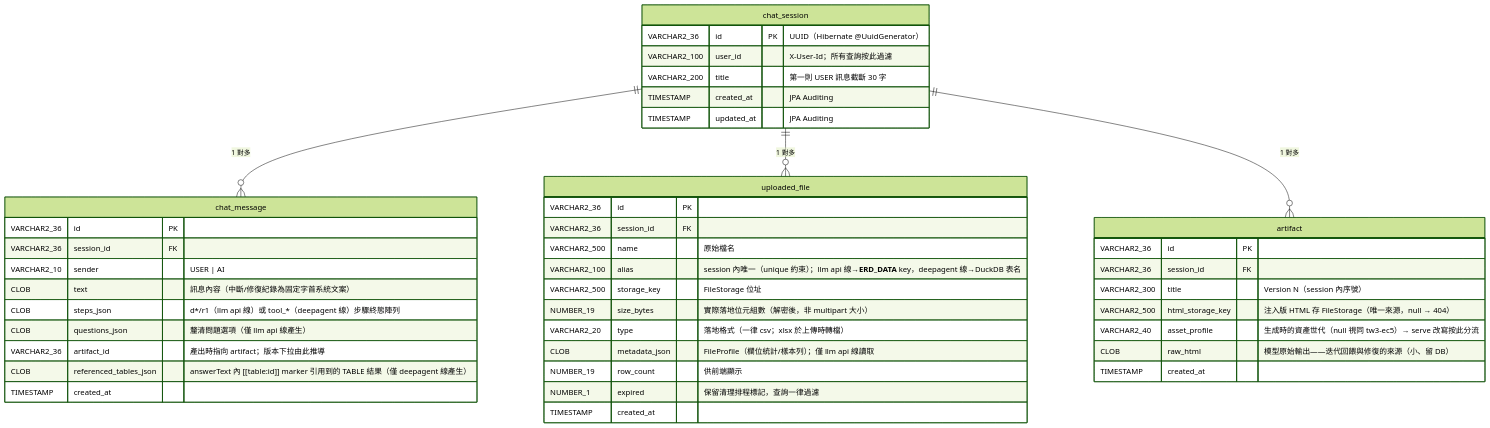
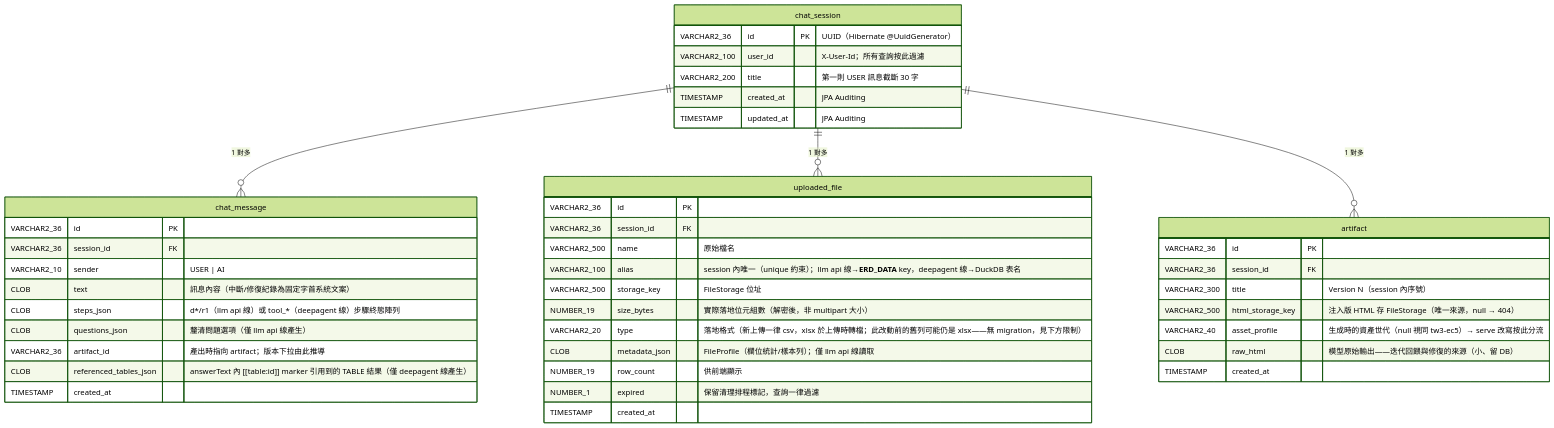
One commit to Michelle12369/cowork changed the fourth of 4 diagrams in docs/architecture.md. Above: the diagram before and after it, drawn with Mermaid (forest theme). The commit also changed other lines of this file and 11 other files, not shown here.

````diff
--- a/docs/architecture.md
+++ b/docs/architecture.md
@@ -431,47 +431,47 @@
 ```mermaid
 erDiagram
     chat_session ||--o{ chat_message : "1 對多"
     chat_session ||--o{ uploaded_file : "1 對多"
     chat_session ||--o{ artifact : "1 對多"
 
     chat_session {
         VARCHAR2_36 id PK "UUID（Hibernate @UuidGenerator）"
         VARCHAR2_100 user_id "X-User-Id；所有查詢按此過濾"
         VARCHAR2_200 title "第一則 USER 訊息截斷 30 字"
         TIMESTAMP created_at "JPA Auditing"
         TIMESTAMP updated_at "JPA Auditing"
     }
     chat_message {
         VARCHAR2_36 id PK
         VARCHAR2_36 session_id FK
         VARCHAR2_10 sender "USER | AI"
         CLOB text "訊息內容（中斷/修復紀錄為固定字首系統文案）"
         CLOB steps_json "d*/r1（llm api 線）或 tool_*（deepagent 線）步驟終態陣列"
         CLOB questions_json "釐清問題選項（僅 llm api 線產生）"
         VARCHAR2_36 artifact_id "產出時指向 artifact；版本下拉由此推導"
         CLOB referenced_tables_json "answerText 內 [[table:id]] marker 引用到的 TABLE 結果（僅 deepagent 線產生）"
         TIMESTAMP created_at
     }
     uploaded_file {
         VARCHAR2_36 id PK
         VARCHAR2_36 session_id FK
         VARCHAR2_500 name "原始檔名"
         VARCHAR2_100 alias "session 內唯一（unique 約束）；llm api 線→__ERD_DATA__ key，deepagent 線→DuckDB 表名"
         VARCHAR2_500 storage_key "FileStorage 位址"
         NUMBER_19 size_bytes "實際落地位元組數（解密後，非 multipart 大小）"
-        VARCHAR2_20 type "落地格式（一律 csv；xlsx 於上傳時轉檔）"
+        VARCHAR2_20 type "落地格式（新上傳一律 csv，xlsx 於上傳時轉檔；此改動前的舊列可能仍是 xlsx——無 migration，見下方限制）"
         CLOB metadata_json "FileProfile（欄位統計/樣本列）；僅 llm api 線讀取"
         NUMBER_19 row_count "供前端顯示"
         NUMBER_1 expired "保留清理排程標記，查詢一律過濾"
         TIMESTAMP created_at
     }
     artifact {
         VARCHAR2_36 id PK
         VARCHAR2_36 session_id FK
         VARCHAR2_300 title "Version N（session 內序號）"
         VARCHAR2_500 html_storage_key "注入版 HTML 存 FileStorage（唯一來源，null → 404）"
         VARCHAR2_40 asset_profile "生成時的資產世代（null 視同 tw3-ec5）→ serve 改寫按此分流"
         CLOB raw_html "模型原始輸出——迭代回餵與修復的來源（小、留 DB）"
         TIMESTAMP created_at
     }
 ```
````
